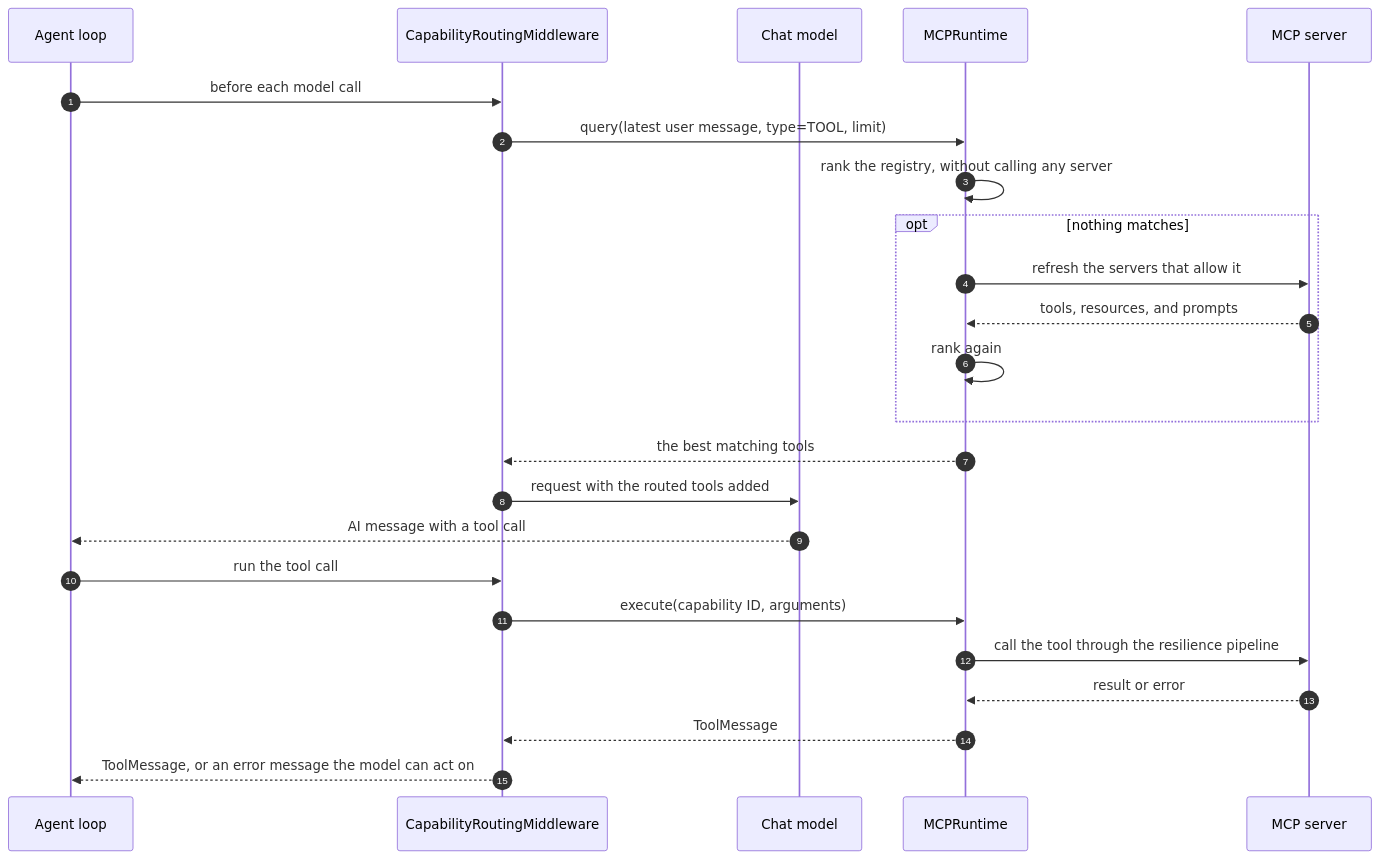
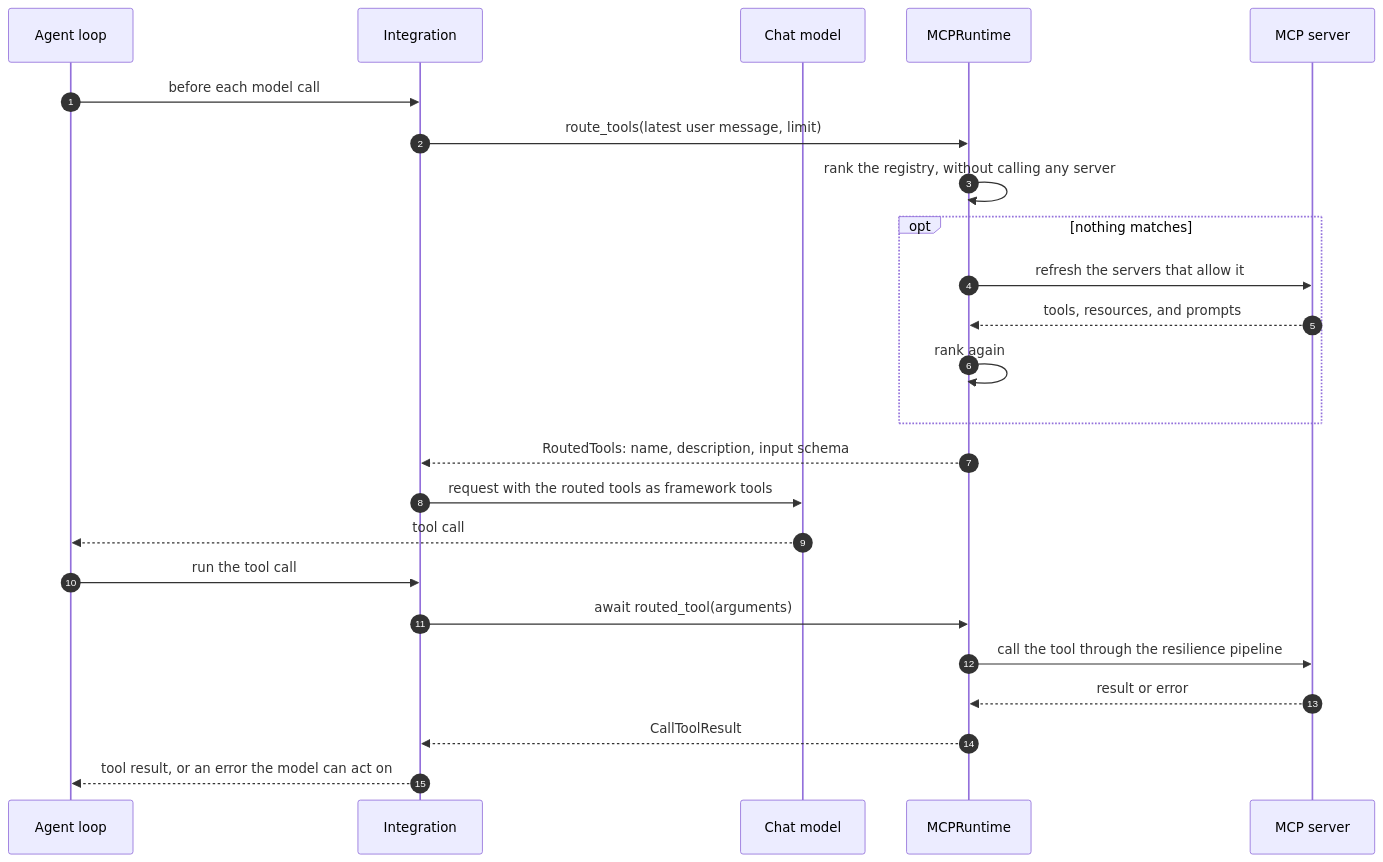
Before and after one commit to smuniharish/mcp-capabilty-router: the diagram in docs/assets/diagrams/agent-routing.mmd, drawn with Mermaid. The commit also changed 120 other files, not shown here.

```diff
--- a/docs/assets/diagrams/agent-routing.mmd
+++ b/docs/assets/diagrams/agent-routing.mmd
@@ -1,25 +1,25 @@
 sequenceDiagram
     autonumber
     participant A as Agent loop
-    participant M as CapabilityRoutingMiddleware
+    participant I as Integration
     participant L as Chat model
     participant R as MCPRuntime
     participant S as MCP server
 
-    A->>M: before each model call
-    M->>R: query(latest user message, type=TOOL, limit)
+    A->>I: before each model call
+    I->>R: route_tools(latest user message, limit)
     R->>R: rank the registry, without calling any server
     opt nothing matches
         R->>S: refresh the servers that allow it
         S-->>R: tools, resources, and prompts
         R->>R: rank again
     end
-    R-->>M: the best matching tools
-    M->>L: request with the routed tools added
-    L-->>A: AI message with a tool call
-    A->>M: run the tool call
-    M->>R: execute(capability ID, arguments)
+    R-->>I: RoutedTools: name, description, input schema
+    I->>L: request with the routed tools as framework tools
+    L-->>A: tool call
+    A->>I: run the tool call
+    I->>R: await routed_tool(arguments)
     R->>S: call the tool through the resilience pipeline
     S-->>R: result or error
-    R-->>M: ToolMessage
-    M-->>A: ToolMessage, or an error message the model can act on
+    R-->>I: CallToolResult
+    I-->>A: tool result, or an error the model can act on
```
